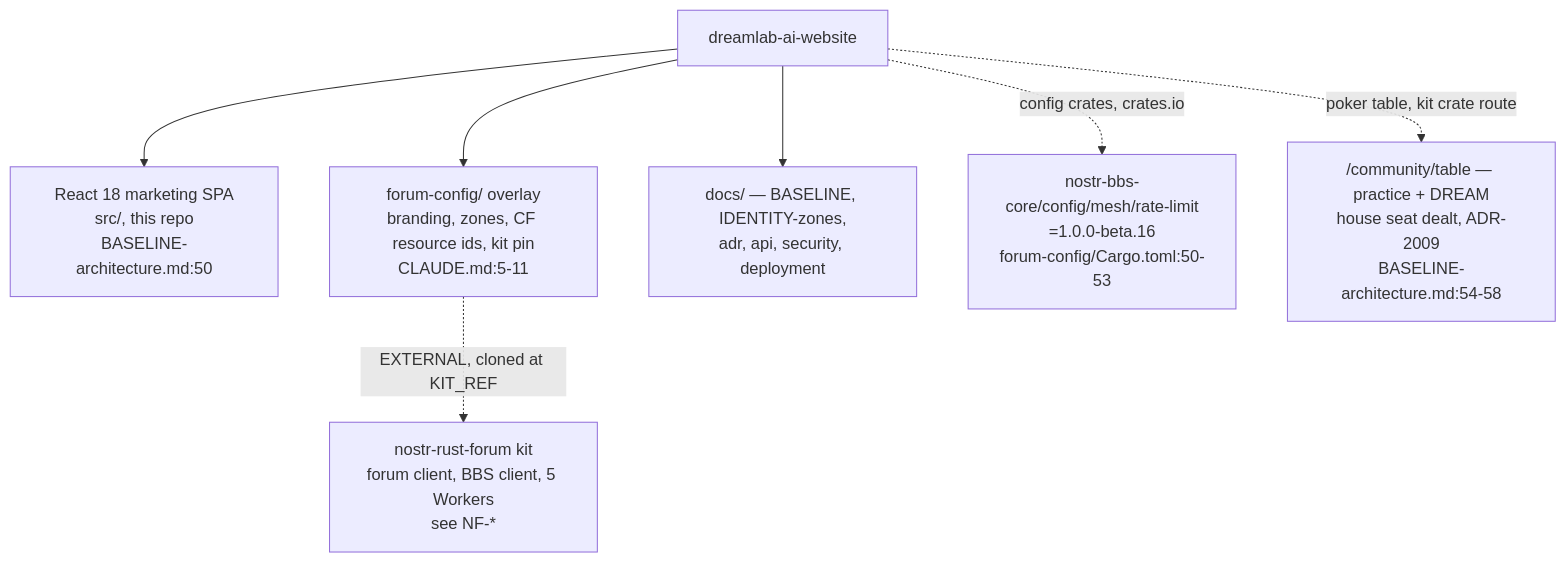
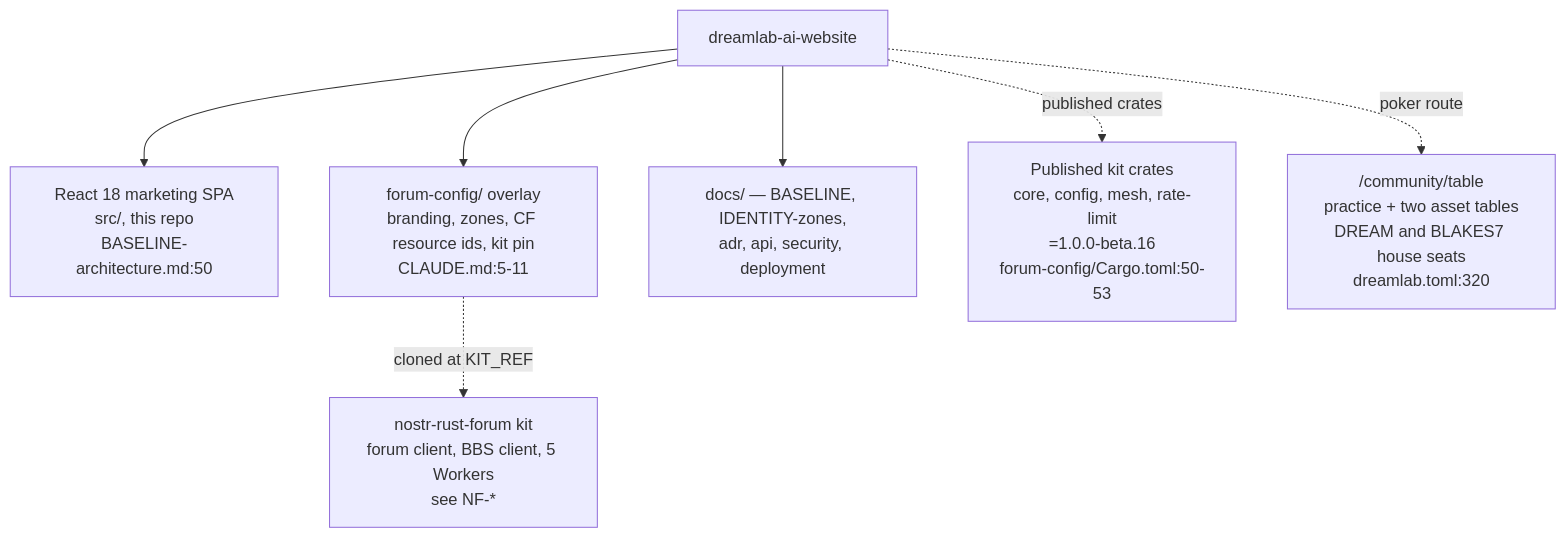
One commit to DreamLab-AI/VisionFlow changed the first of 7 diagrams in docs/diagrams/dreamlab-ai-website/01-repo-composition-and-deploy-topology.md. Above: the diagram before and after it, drawn with Mermaid. The commit also changed other lines of this file and 34 other files, not shown here.

````diff
--- a/docs/diagrams/dreamlab-ai-website/01-repo-composition-and-deploy-topology.md
+++ b/docs/diagrams/dreamlab-ai-website/01-repo-composition-and-deploy-topology.md
@@ -25,9 +25,9 @@
 ```mermaid
 flowchart TB
     REPO["dreamlab-ai-website"] --> REACT["React 18 marketing SPA<br/>src/, this repo<br/>BASELINE-architecture.md:50"]
     REPO --> FCFG["forum-config/ overlay<br/>branding, zones, CF resource ids, kit pin<br/>CLAUDE.md:5-11"]
     REPO --> DOCS["docs/ — BASELINE, IDENTITY-zones,<br/>adr, api, security, deployment"]
-    FCFG -. "EXTERNAL, cloned at KIT_REF" .-> KIT["nostr-rust-forum kit<br/>forum client, BBS client, 5 Workers<br/>see NF-*"]
-    REPO -. "config crates, crates.io" .-> CRATES["nostr-bbs-core/config/mesh/rate-limit<br/>=1.0.0-beta.16<br/>forum-config/Cargo.toml:50-53"]
-    REPO -. "poker table, kit crate route" .-> POKER["/community/table — practice + DREAM<br/>house seat dealt, ADR-2009<br/>BASELINE-architecture.md:54-58"]
+    FCFG -. "cloned at KIT_REF" .-> KIT["nostr-rust-forum kit<br/>forum client, BBS client, 5 Workers<br/>see NF-*"]
+    REPO -. "published crates" .-> CRATES["Published kit crates<br/>core, config, mesh, rate-limit<br/>=1.0.0-beta.16<br/>forum-config/Cargo.toml:50-53"]
+    REPO -. "poker route" .-> POKER["/community/table<br/>practice + two asset tables<br/>DREAM and BLAKES7 house seats<br/>dreamlab.toml:320"]
 ```
````
